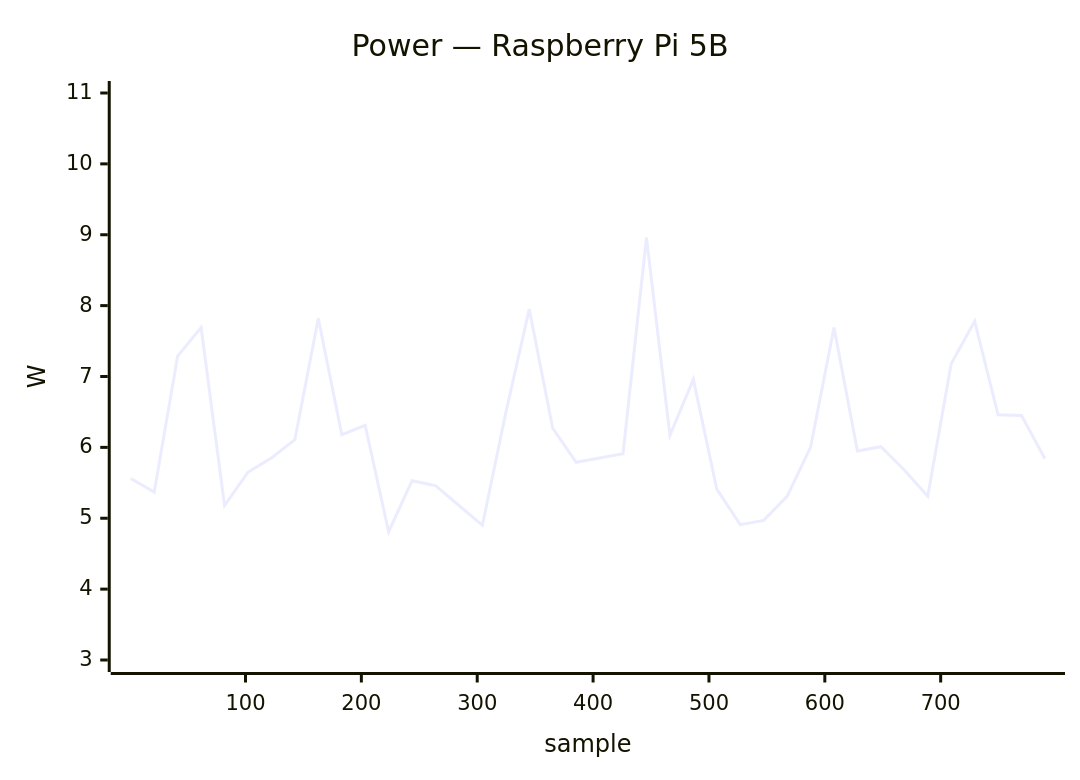
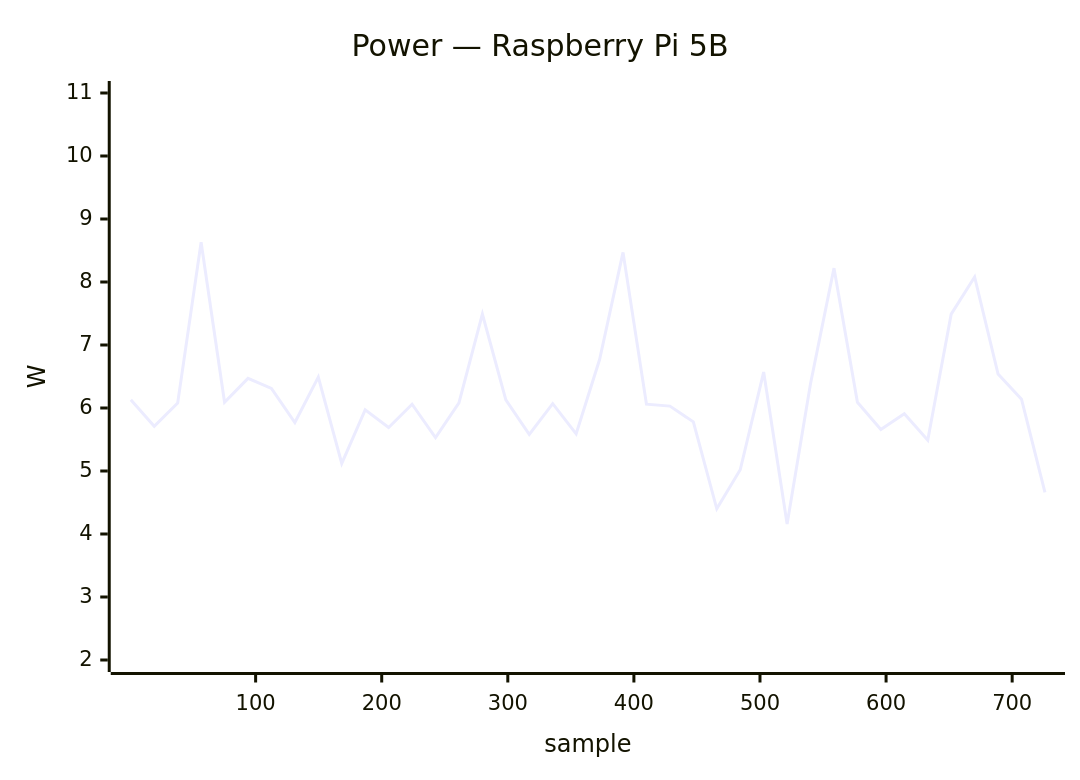
Diagram 17 of 24 in docs/status/board-tests.md (armbian/documentation), drawn with Mermaid before and after one commit. The commit also changed other lines of this file, not shown here.

````diff
--- a/docs/status/board-tests.md
+++ b/docs/status/board-tests.md
@@ -969,7 +969,7 @@
     ```mermaid
     xychart-beta
         title "Power — Raspberry Pi 5B"
-        x-axis "sample" 1 --> 790
-        y-axis "W" 3.0 --> 11.0
-        line [5.56, 5.37, 7.29, 7.69, 5.18, 5.65, 5.85, 6.11, 7.82, 6.18, 6.31, 4.81, 5.53, 5.46, 5.18, 4.90, 6.49, 7.95, 6.27, 5.79, 5.85, 5.91, 8.96, 6.17, 6.96, 5.41, 4.91, 4.97, 5.31, 6.00, 7.69, 5.95, 6.01, 5.68, 5.31, 7.18, 7.78, 6.46, 6.45, 5.84]
+        x-axis "sample" 1 --> 726
+        y-axis "W" 2.0 --> 11.0
+        line [6.13, 5.71, 6.08, 8.63, 6.09, 6.47, 6.31, 5.77, 6.49, 5.12, 5.97, 5.69, 6.06, 5.53, 6.08, 7.49, 6.13, 5.58, 6.07, 5.59, 6.77, 8.47, 6.06, 6.03, 5.78, 4.40, 5.02, 6.57, 4.16, 6.39, 8.22, 6.09, 5.66, 5.91, 5.49, 7.49, 8.08, 6.54, 6.14, 4.66]
     ```
````
